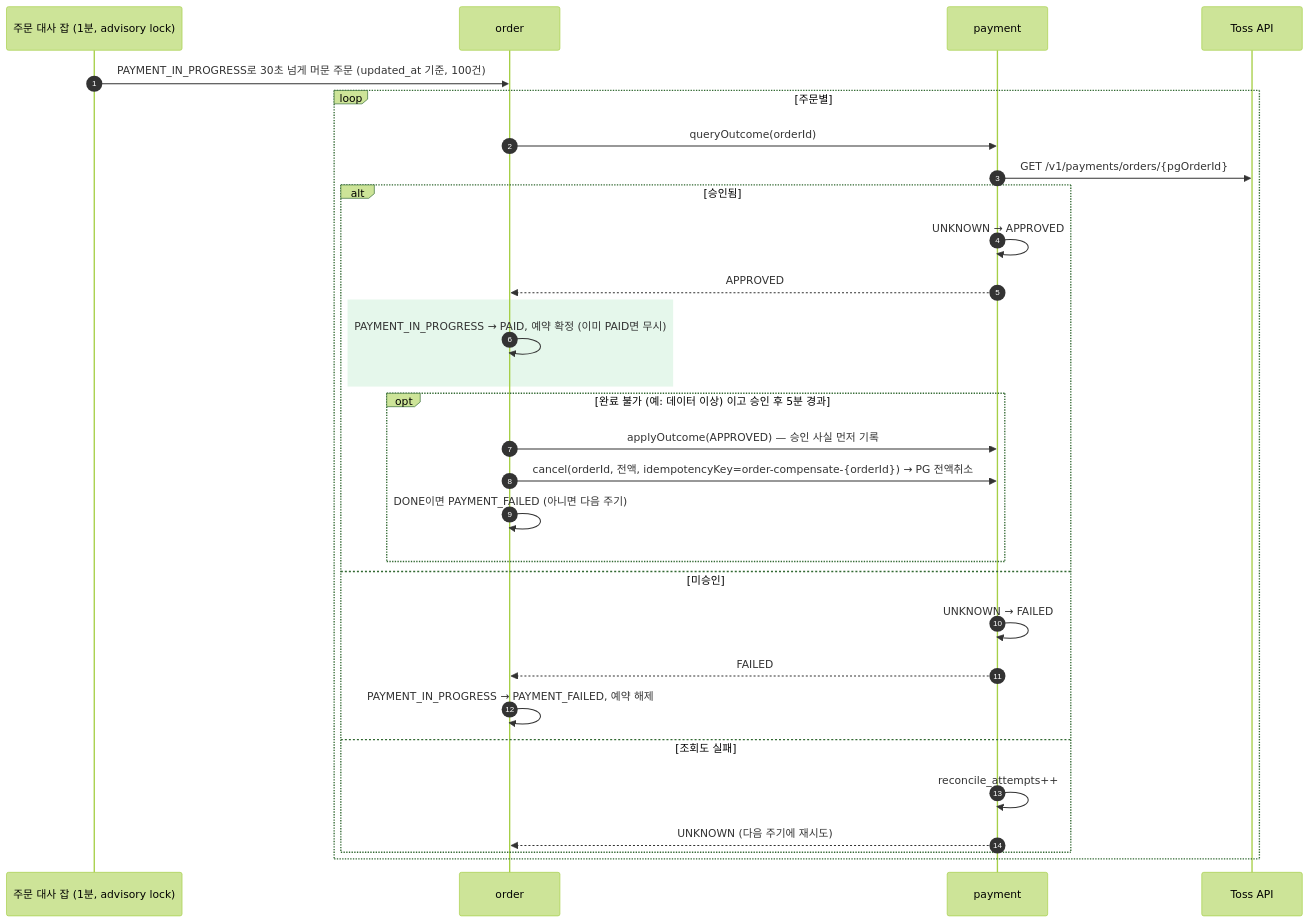
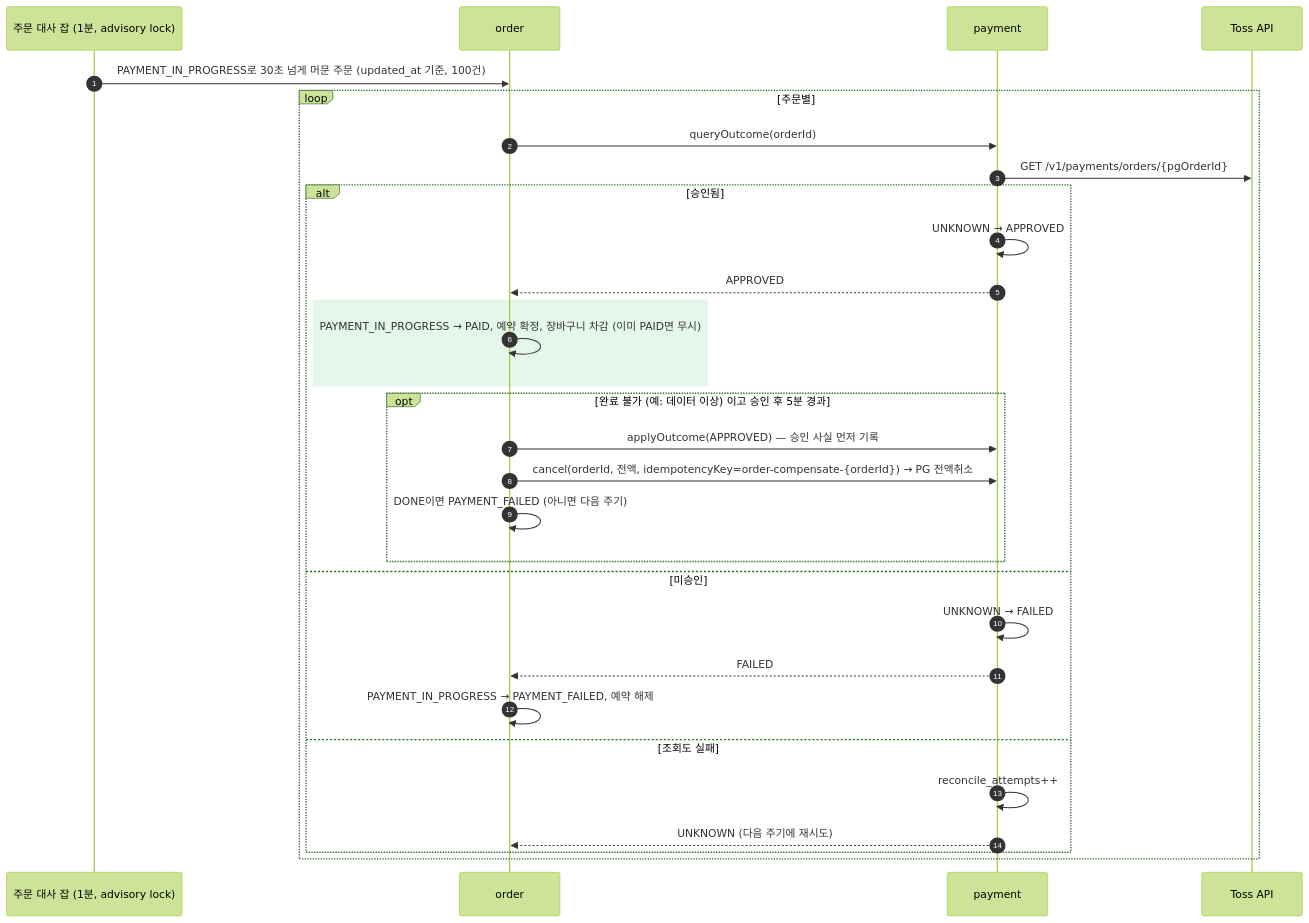
One commit to 95twan/myroutine-v2 changed the third of 10 diagrams in docs/02-design/06-sequences.md. Above: the diagram before and after it, drawn with Mermaid (forest theme). The commit also changed other lines of this file and 77 other files, not shown here.

````diff
--- a/docs/02-design/06-sequences.md
+++ b/docs/02-design/06-sequences.md
@@ -69,32 +72,32 @@
 ```mermaid
 sequenceDiagram
   autonumber
   participant J as 주문 대사 잡 (1분, advisory lock)
   participant O as order
   participant P as payment
   participant PG as Toss API
   J->>O: PAYMENT_IN_PROGRESS로 30초 넘게 머문 주문 (updated_at 기준, 100건)
   loop 주문별
     O->>P: queryOutcome(orderId)
     P->>PG: GET /v1/payments/orders/{pgOrderId}
     alt 승인됨
       P->>P: UNKNOWN → APPROVED
       P-->>O: APPROVED
       rect rgba(80,200,120,0.15)
-        O->>O: PAYMENT_IN_PROGRESS → PAID, 예약 확정 (이미 PAID면 무시)
+        O->>O: PAYMENT_IN_PROGRESS → PAID, 예약 확정, 장바구니 차감 (이미 PAID면 무시)
       end
       opt 완료 불가 (예: 데이터 이상) 이고 승인 후 5분 경과
         O->>P: applyOutcome(APPROVED) — 승인 사실 먼저 기록
         O->>P: cancel(orderId, 전액, idempotencyKey=order-compensate-{orderId}) → PG 전액취소
         O->>O: DONE이면 PAYMENT_FAILED (아니면 다음 주기)
       end
     else 미승인
       P->>P: UNKNOWN → FAILED
       P-->>O: FAILED
       O->>O: PAYMENT_IN_PROGRESS → PAYMENT_FAILED, 예약 해제
     else 조회도 실패
       P->>P: reconcile_attempts++
       P-->>O: UNKNOWN (다음 주기에 재시도)
     end
   end
 ```
````
